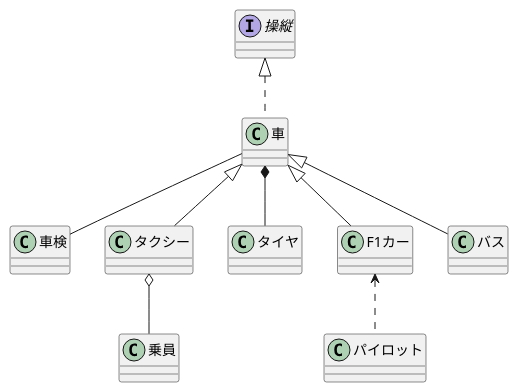
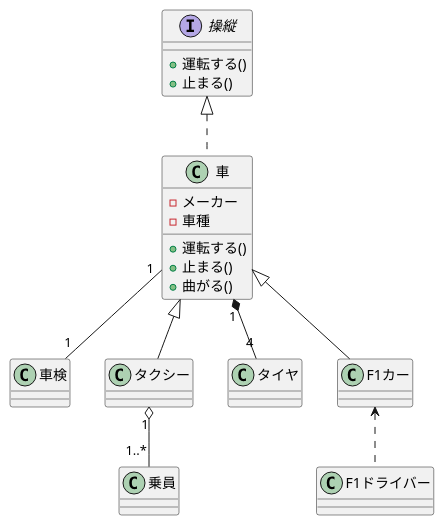
The diagram in FE/午前語句.md (keiMkuro/til), drawn with PlantUML before and after one commit. The commit also changed other lines of this file, not shown here.

Commit message:
FEの午前語句（クラス図）を更新

````diff
--- a/FE/午前語句.md
+++ b/FE/午前語句.md
@@ -644,39 +644,35 @@
 ```puml
 @startuml
 
 class 車 {
+  -メーカー
+  -車種
+  +運転する()
+  +止まる()
+  +曲がる()
 }
-class 車検 {
-}
-車 -- 車検
+class 車検
+車"1"-- "1"車検
 
-class タクシー {
-}
-class 乗員 {
-}
-タクシー o-- 乗員
+class タクシー
+class 乗員
+タクシー"1" o-- "1..*"乗員
 
-class タイヤ {
-}
-車 *-- タイヤ
+class タイヤ
+車"1" *-- "4"タイヤ
 
-class F1カー {
-}
-class パイロット {
-}
-F1カー <.. パイロット
+class F1カー
+class F1ドライバー
+F1カー <.. F1ドライバー
 
-class 車 {
-}
-class バス {
-}
-車 <|-- バス
 車 <|-- F1カー
 車 <|-- タクシー
 
 interface 操縦 {
+  +運転する()
+  +止まる()
 }
 操縦 <|.. 車
 
 @enduml
 ```
````
